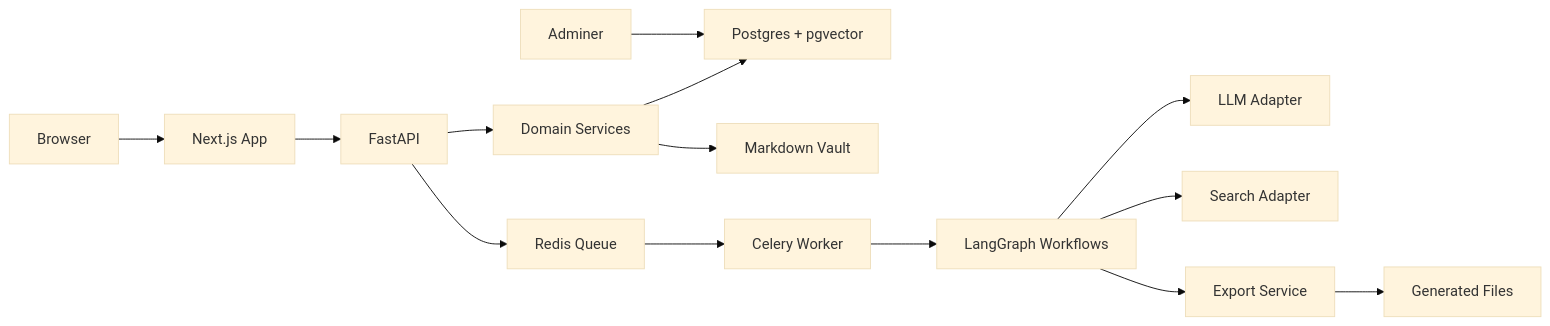
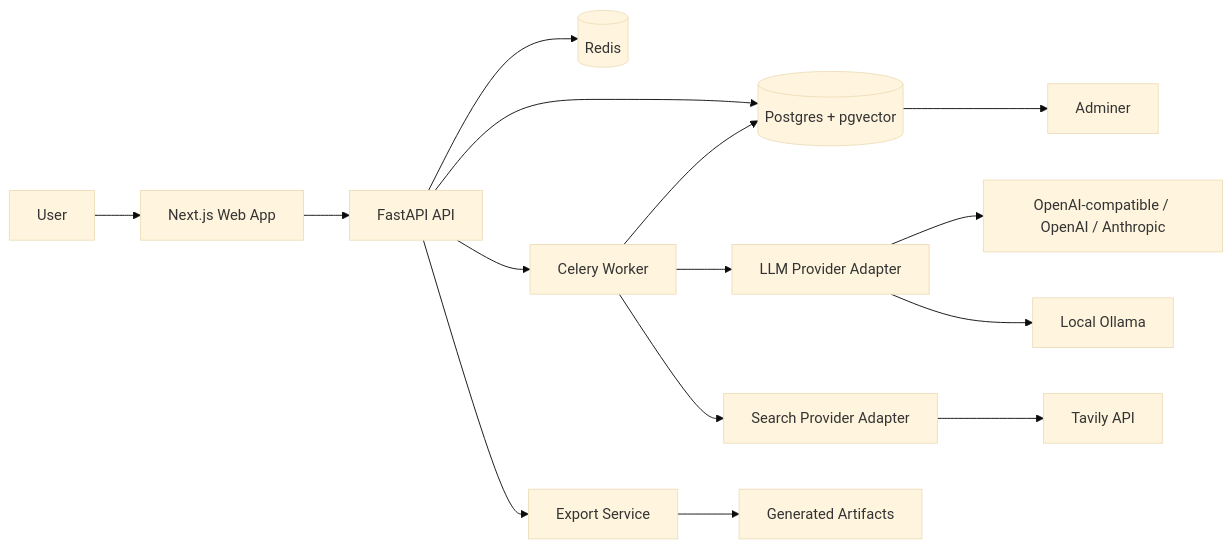
The first of 2 diagrams in docs/02-system-architecture.md (solki/cv-master), drawn with Mermaid (base theme) before and after one commit. The commit also changed other lines of this file and 9 other files, not shown here.

````diff
--- a/docs/02-system-architecture.md
+++ b/docs/02-system-architecture.md
@@ -16,16 +11,17 @@
 ```mermaid
 flowchart LR
-  Browser["Browser"] --> Web["Next.js App"]
-  Web --> API["FastAPI"]
-  API --> Services["Domain Services"]
-  Services --> DB["Postgres + pgvector"]
-  Services --> Vault["Markdown Vault"]
-  API --> Queue["Redis Queue"]
-  Queue --> Worker["Celery Worker"]
-  Worker --> Graph["LangGraph Workflows"]
-  Graph --> LLM["LLM Adapter"]
-  Graph --> Search["Search Adapter"]
-  Graph --> Export["Export Service"]
-  Export --> Files["Generated Files"]
-  Adminer["Adminer"] --> DB
+  User["User"] --> Web["Next.js Web App"]
+  Web --> API["FastAPI API"]
+  API --> DB[("Postgres + pgvector")]
+  API --> Redis[("Redis")]
+  API --> Worker["Celery Worker"]
+  Worker --> DB
+  Worker --> LLM["LLM Provider Adapter"]
+  Worker --> Search["Search Provider Adapter"]
+  LLM --> Cloud["OpenAI-compatible / OpenAI / Anthropic"]
+  LLM --> Ollama["Local Ollama"]
+  Search --> Tavily["Tavily API"]
+  API --> Export["Export Service"]
+  Export --> Files["Generated Artifacts"]
+  DB --> Adminer["Adminer"]
 ```
````
